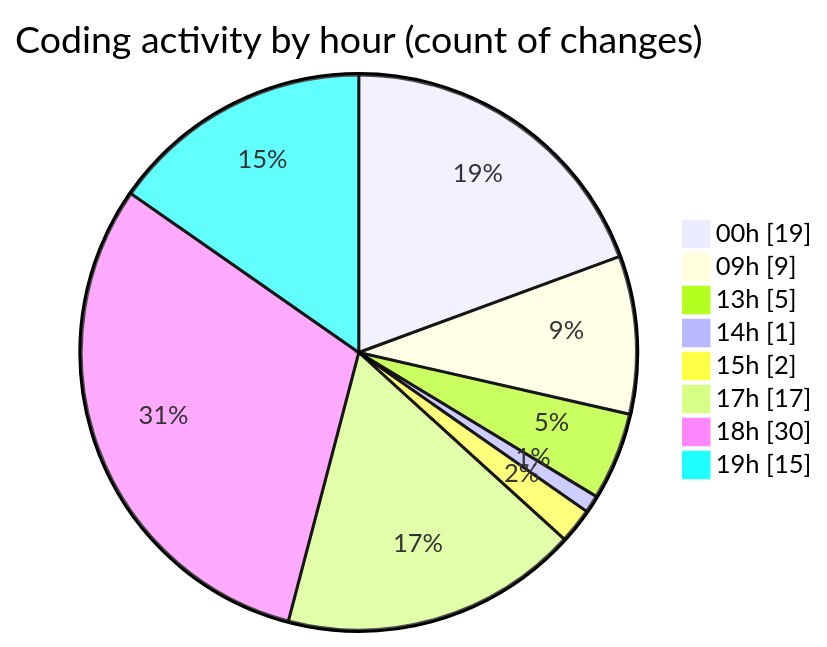
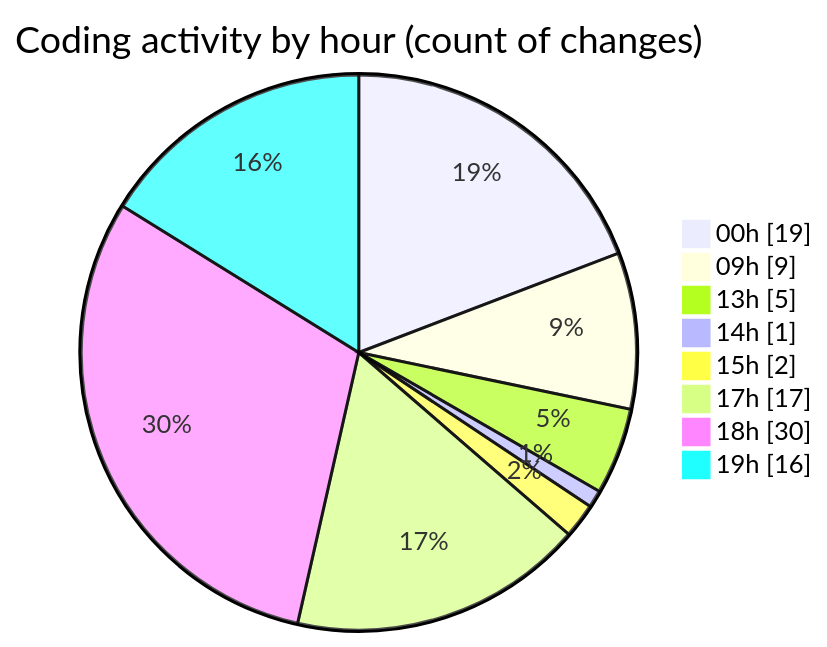
The second of 2 diagrams in 2025-08-12/ribbon/README.md (EIIisD/code-tracking), drawn with Mermaid before and after one commit. The commit also changed other lines of this file and 1 other file, not shown here.

````diff
--- a/2025-08-12/ribbon/README.md
+++ b/2025-08-12/ribbon/README.md
@@ -51,12 +51,12 @@
 ```mermaid
 pie showData
 title Coding activity by hour (count of changes)
 "00h" : 19
 "09h" : 9
 "13h" : 5
 "14h" : 1
 "15h" : 2
 "17h" : 17
 "18h" : 30
-"19h" : 15
+"19h" : 16
 ```
````
